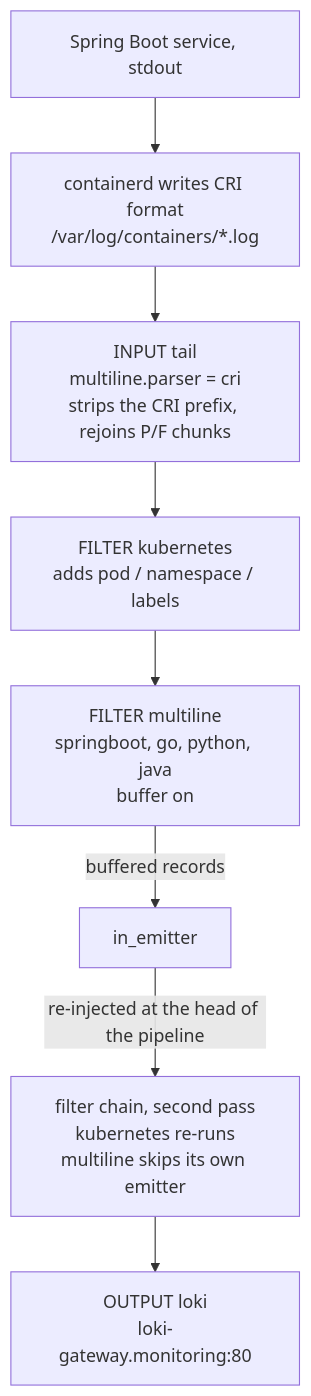
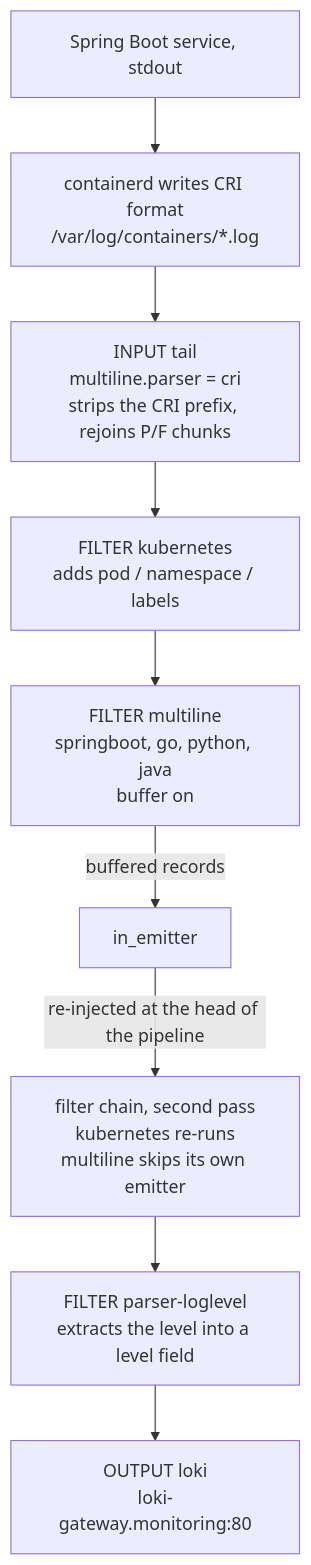
One commit to Dankoy/jforwarder changed the diagram in kuber/monitoring/fluent-bit/README.md. Above: the diagram before and after it, drawn with Mermaid. The commit also changed other lines of this file and 3 other files, not shown here.

````diff
--- a/kuber/monitoring/fluent-bit/README.md
+++ b/kuber/monitoring/fluent-bit/README.md
@@ -16,16 +17,17 @@
 ```mermaid
 flowchart TB
     APP["Spring Boot service, stdout"]
     FILE["containerd writes CRI format<br>/var/log/containers/*.log"]
     TAIL["INPUT tail<br>multiline.parser = cri<br>strips the CRI prefix, rejoins P/F chunks"]
     KUBE["FILTER kubernetes<br>adds pod / namespace / labels"]
     ML["FILTER multiline<br>springboot, go, python, java<br>buffer on"]
     EM["in_emitter"]
     AGAIN["filter chain, second pass<br>kubernetes re-runs<br>multiline skips its own emitter"]
+    LVL["FILTER parser-loglevel<br>extracts the level into a level field"]
     LOKI["OUTPUT loki<br>loki-gateway.monitoring:80"]
 
     APP --> FILE --> TAIL --> KUBE --> ML
     ML -- "buffered records" --> EM
     EM -- "re-injected at the head of the pipeline" --> AGAIN
-    AGAIN --> LOKI
+    AGAIN --> LVL --> LOKI
 ```
````
